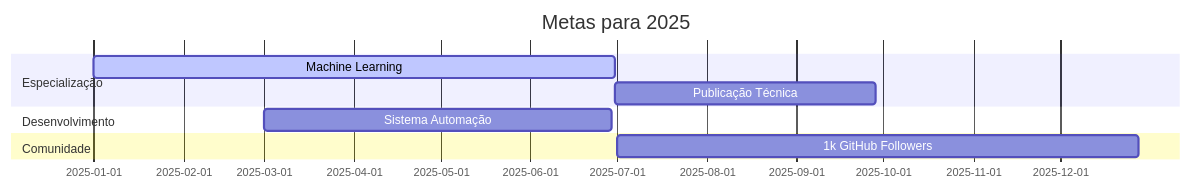
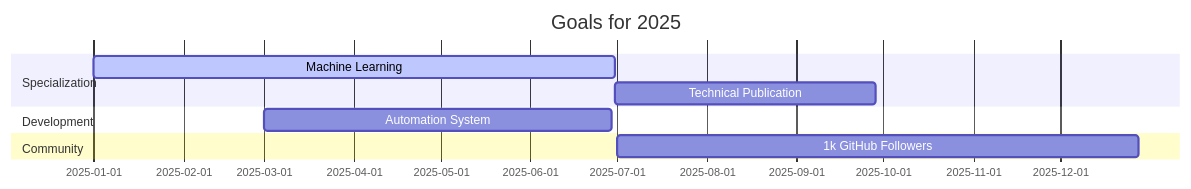
Before and after one commit to delblerferreira/delblerferreira: the diagram in README.md, drawn with Mermaid. The commit also changed other lines of this file, not shown here.

````diff
--- a/README.md
+++ b/README.md
@@ -139,12 +139,12 @@
 ```mermaid
 gantt
-    title Metas para 2025
-    dateFormat  YYYY-MM-DD
-    section Especialização
-    Machine Learning           :active,    des1, 2025-01-01, 2025-06-30
-    Publicação Técnica         :         des2, after des1, 90d
-    section Desenvolvimento
-    Sistema Automação          :         des3, 2025-03-01, 120d
-    section Comunidade
-    1k GitHub Followers        :         des4, 2025-07-01, 180d
+  title Goals for 2025
+  dateFormat  YYYY-MM-DD
+  section Specialization
+  Machine Learning           :active,    des1, 2025-01-01, 2025-06-30
+  Technical Publication       :         des2, after des1, 90d
+  section Development
+  Automation System           :         des3, 2025-03-01, 120d
+  section Community
+  1k GitHub Followers        :         des4, 2025-07-01, 180d
 ```
````
